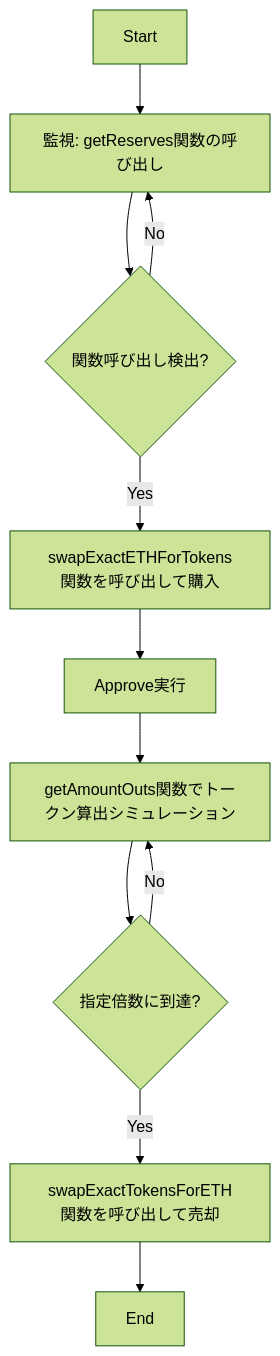
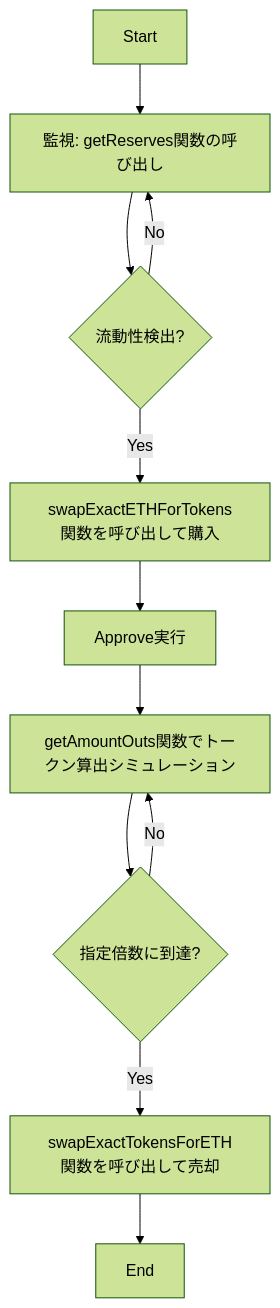
Before and after one commit to yblockcha1n/UniswapV2-Sniper: the diagram in README.md, drawn with Mermaid (forest theme).

````diff
--- a/README.md
+++ b/README.md
@@ -7,13 +7,13 @@
 ```mermaid
 graph TD
     A[Start] --> B[監視: getReserves関数の呼び出し]
-    B --> C{関数呼び出し検出?}
+    B --> C{流動性検出?}
     C -->|Yes| D[swapExactETHForTokens関数を呼び出して購入]
     C -->|No| B
     D --> E[Approve実行]
     E --> F[getAmountOuts関数でトークン算出シミュレーション]
     F --> G{指定倍数に到達?}
     G -->|No| F
     G -->|Yes| H[swapExactTokensForETH関数を呼び出して売却]
     H --> I[End]
 ```
````
